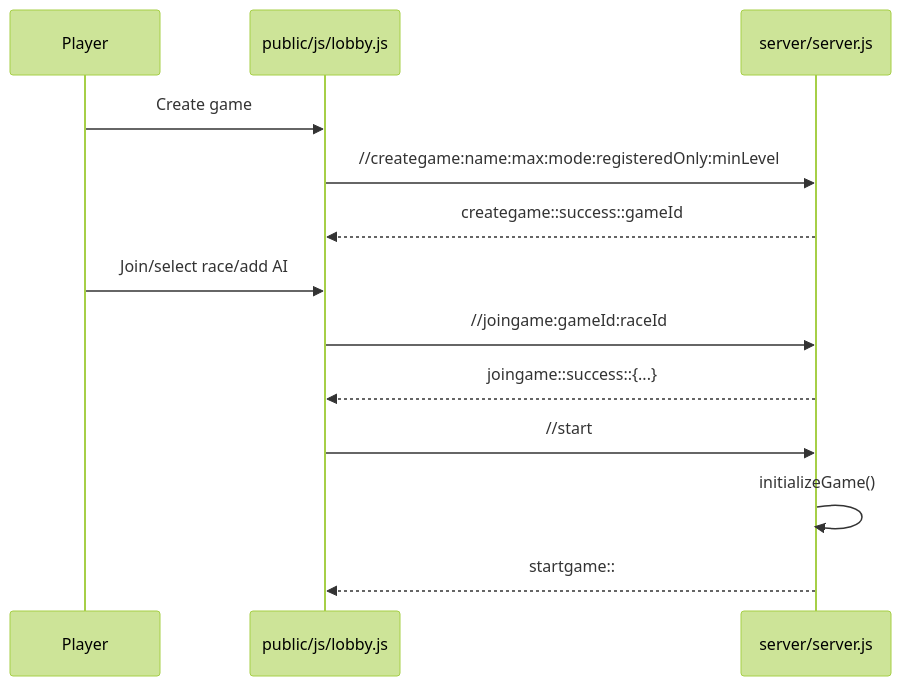
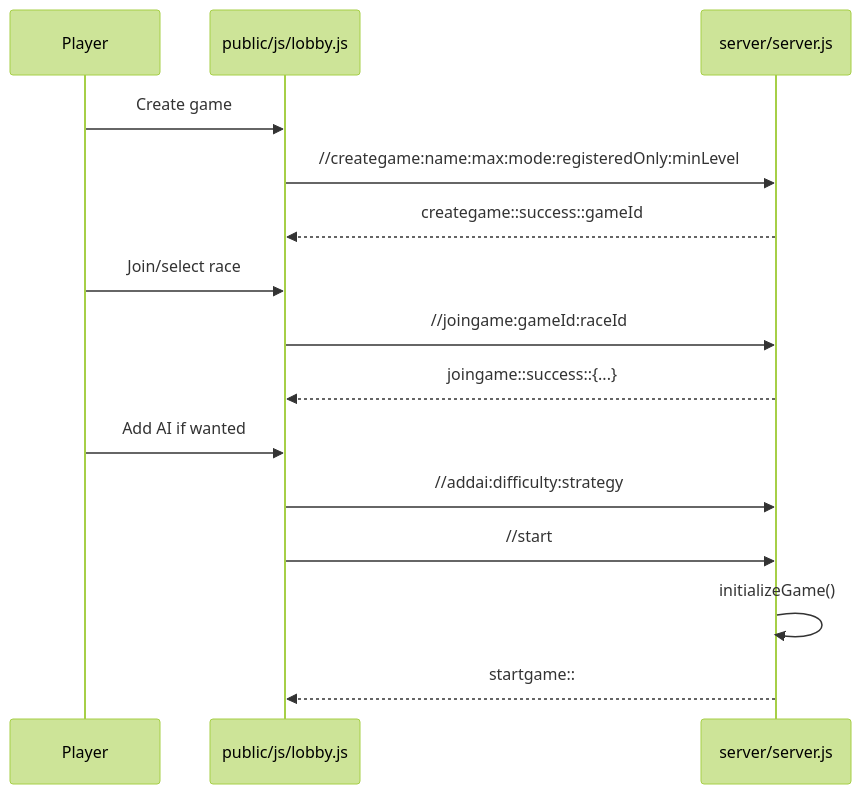
One commit to steveseguin/Game-of-Worlds changed the diagram in docs/agents/gameplay/user-journey.md. Above: the diagram before and after it, drawn with Mermaid (forest theme). The commit also changed other lines of this file and 7 other files, not shown here.

Commit message:
Document HTTP request flow

````diff
--- a/docs/agents/gameplay/user-journey.md
+++ b/docs/agents/gameplay/user-journey.md
@@ -17,15 +17,17 @@
 ```mermaid
 sequenceDiagram
   participant Player
   participant Lobby as public/js/lobby.js
   participant Server as server/server.js
   Player->>Lobby: Create game
   Lobby->>Server: //creategame:name:max:mode:registeredOnly:minLevel
   Server-->>Lobby: creategame::success::gameId
-  Player->>Lobby: Join/select race/add AI
+  Player->>Lobby: Join/select race
   Lobby->>Server: //joingame:gameId:raceId
   Server-->>Lobby: joingame::success::{...}
+  Player->>Lobby: Add AI if wanted
+  Lobby->>Server: //addai:difficulty:strategy
   Lobby->>Server: //start
   Server->>Server: initializeGame()
   Server-->>Lobby: startgame::
 ```
````
